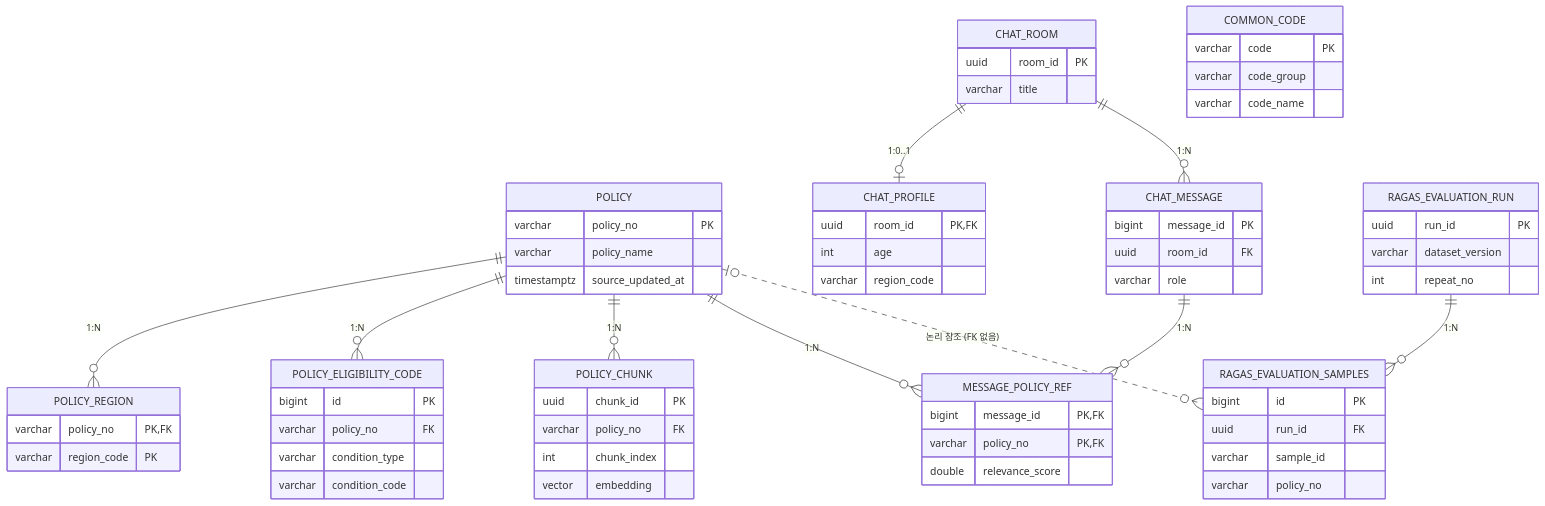
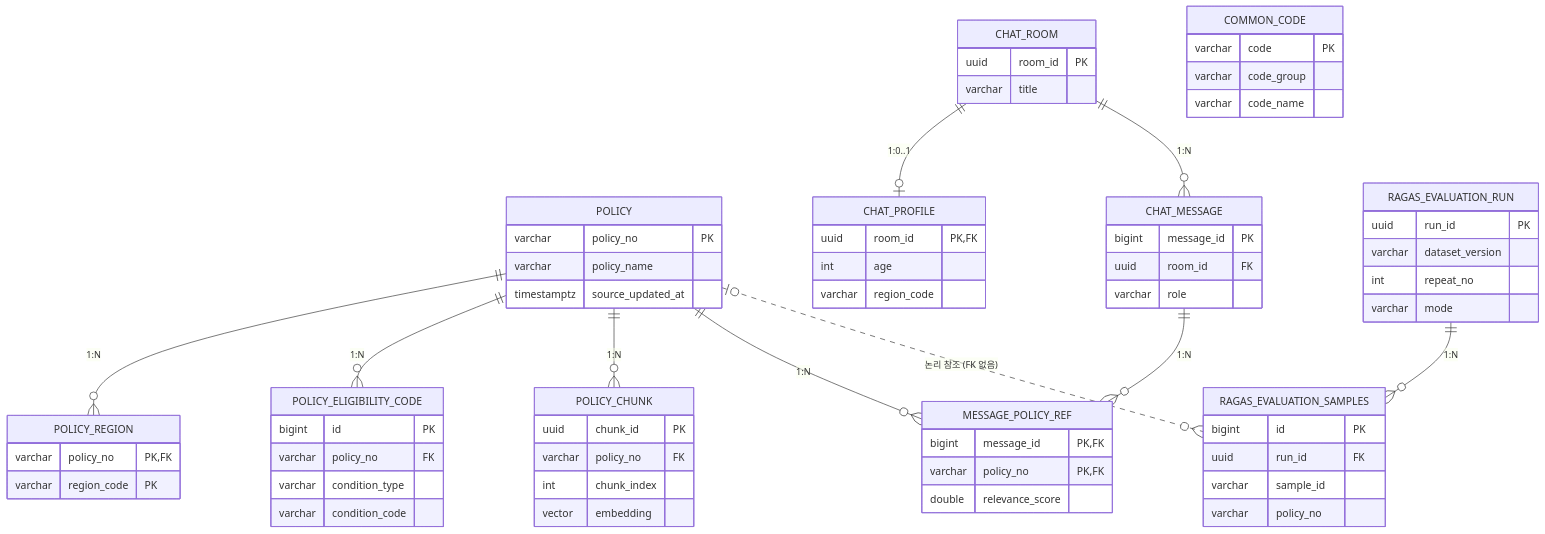
One commit to inha-youthlink/rag_ragas_evaluation changed the diagram in docs/Schema.md. Above: the diagram before and after it, drawn with Mermaid. The commit also changed other lines of this file and 3 other files, not shown here.

````diff
--- a/docs/Schema.md
+++ b/docs/Schema.md
@@ -5,69 +5,70 @@
 ```mermaid
 erDiagram
     POLICY ||--o{ POLICY_REGION : "1:N"
     POLICY ||--o{ POLICY_ELIGIBILITY_CODE : "1:N"
     POLICY ||--o{ POLICY_CHUNK : "1:N"
     POLICY ||--o{ MESSAGE_POLICY_REF : "1:N"
     CHAT_ROOM ||--o| CHAT_PROFILE : "1:0..1"
     CHAT_ROOM ||--o{ CHAT_MESSAGE : "1:N"
     CHAT_MESSAGE ||--o{ MESSAGE_POLICY_REF : "1:N"
     RAGAS_EVALUATION_RUN ||--o{ RAGAS_EVALUATION_SAMPLES : "1:N"
     POLICY |o..o{ RAGAS_EVALUATION_SAMPLES : "논리 참조 (FK 없음)"
 
     COMMON_CODE {
         varchar code PK
         varchar code_group
         varchar code_name
     }
     POLICY {
         varchar policy_no PK
         varchar policy_name
         timestamptz source_updated_at
     }
     POLICY_REGION {
         varchar policy_no PK,FK
         varchar region_code PK
     }
     POLICY_ELIGIBILITY_CODE {
         bigint id PK
         varchar policy_no FK
         varchar condition_type
         varchar condition_code
     }
     POLICY_CHUNK {
         uuid chunk_id PK
         varchar policy_no FK
         int chunk_index
         vector embedding
     }
     CHAT_ROOM {
         uuid room_id PK
         varchar title
     }
     CHAT_PROFILE {
         uuid room_id PK,FK
         int age
         varchar region_code
     }
     CHAT_MESSAGE {
         bigint message_id PK
         uuid room_id FK
         varchar role
     }
     MESSAGE_POLICY_REF {
         bigint message_id PK,FK
         varchar policy_no PK,FK
         double relevance_score
     }
     RAGAS_EVALUATION_RUN {
         uuid run_id PK
         varchar dataset_version
         int repeat_no
+        varchar mode
     }
     RAGAS_EVALUATION_SAMPLES {
         bigint id PK
         uuid run_id FK
         varchar sample_id
         varchar policy_no
     }
 ```
````
